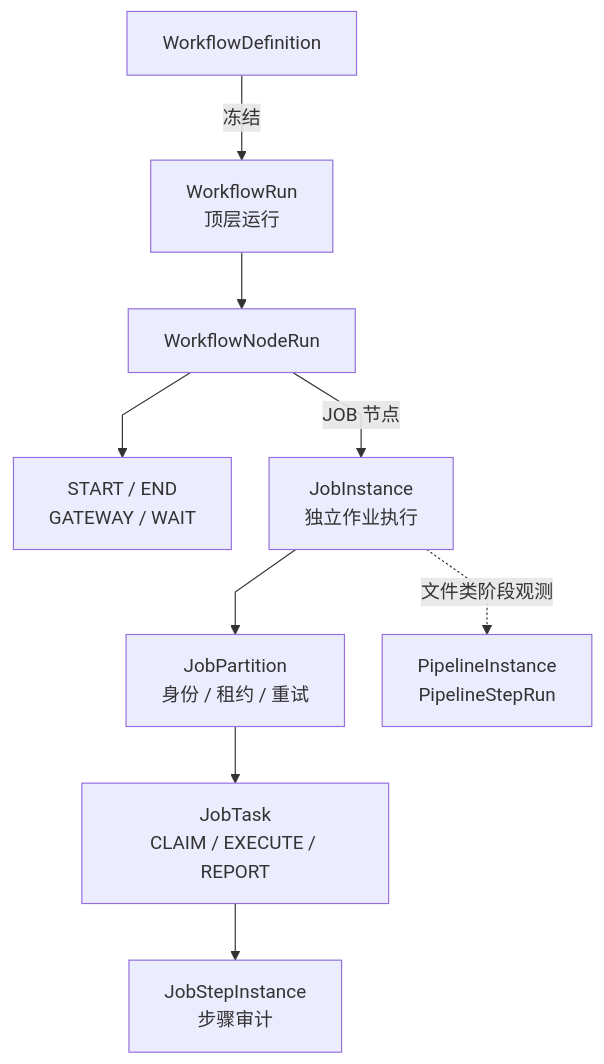
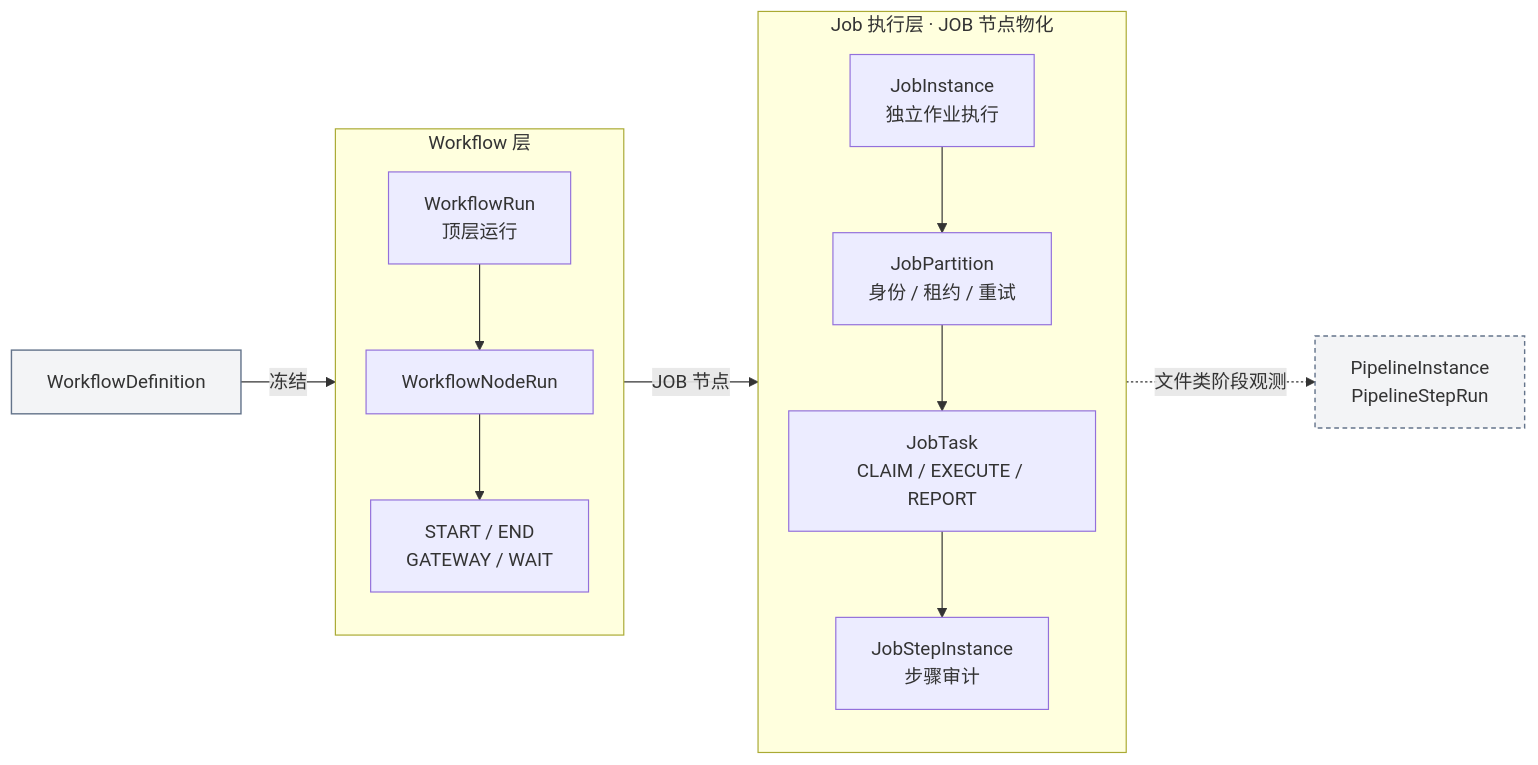
The first of 6 diagrams in docs/architecture/core-model.md (pinpols/file-batch-system), drawn with Mermaid before and after one commit. The commit also changed other lines of this file and 9 other files, not shown here.

First line of the commit message:
docs(architecture): unify styling of the navigation architecture diagrams (#1365)

````diff
--- a/docs/architecture/core-model.md
+++ b/docs/architecture/core-model.md
@@ -52,12 +52,35 @@
 ```mermaid
 %%{init: {"flowchart":{"curve":"linear","nodeSpacing":32,"rankSpacing":48},"sequence":{"mirrorActors":false}}}%%
-flowchart TB
-  D["WorkflowDefinition"] -->|"冻结"| R["WorkflowRun<br/>顶层运行"]
-  R --> N["WorkflowNodeRun"]
-  N --> C["START / END<br/>GATEWAY / WAIT"]
-  N -->|"JOB 节点"| J["JobInstance<br/>独立作业执行"]
-  J --> P["JobPartition<br/>身份 / 租约 / 重试"]
-  P --> T["JobTask<br/>CLAIM / EXECUTE / REPORT"]
-  T --> S["JobStepInstance<br/>步骤审计"]
-  J -. "文件类阶段观测" .-> PI["PipelineInstance<br/>PipelineStepRun"]
+flowchart LR
+
+  D["WorkflowDefinition"]:::lib
+  subgraph WF["Workflow 层"]
+    direction TB
+    R["WorkflowRun<br/>顶层运行"]
+    N["WorkflowNodeRun"]
+    C["START / END<br/>GATEWAY / WAIT"]
+    R --> N
+    N --> C
+  end
+  subgraph JOB["Job 执行层 · JOB 节点物化"]
+    direction TB
+    J["JobInstance<br/>独立作业执行"]
+    P["JobPartition<br/>身份 / 租约 / 重试"]
+    T["JobTask<br/>CLAIM / EXECUTE / REPORT"]
+    S["JobStepInstance<br/>步骤审计"]
+    J --> P
+    P --> T
+    T --> S
+  end
+  PI["PipelineInstance<br/>PipelineStepRun"]:::ext
+  D -->|"冻结"| WF
+  WF -->|"JOB 节点"| JOB
+  JOB -. "文件类阶段观测" .-> PI
+  classDef entry fill:#6366f11f,stroke:#6366f1,stroke-width:1.5px
+  classDef control fill:#0284c71f,stroke:#0284c7,stroke-width:1.5px
+  classDef mq fill:#d977061f,stroke:#d97706,stroke-width:1.5px
+  classDef worker fill:#0596691f,stroke:#059669,stroke-width:1.5px
+  classDef store fill:#7c3aed1f,stroke:#7c3aed,stroke-width:1.5px
+  classDef ext fill:#64748b14,stroke:#64748b,stroke-width:1.2px,stroke-dasharray:4 3
+  classDef lib fill:#64748b14,stroke:#64748b,stroke-width:1.2px
 ```
````
